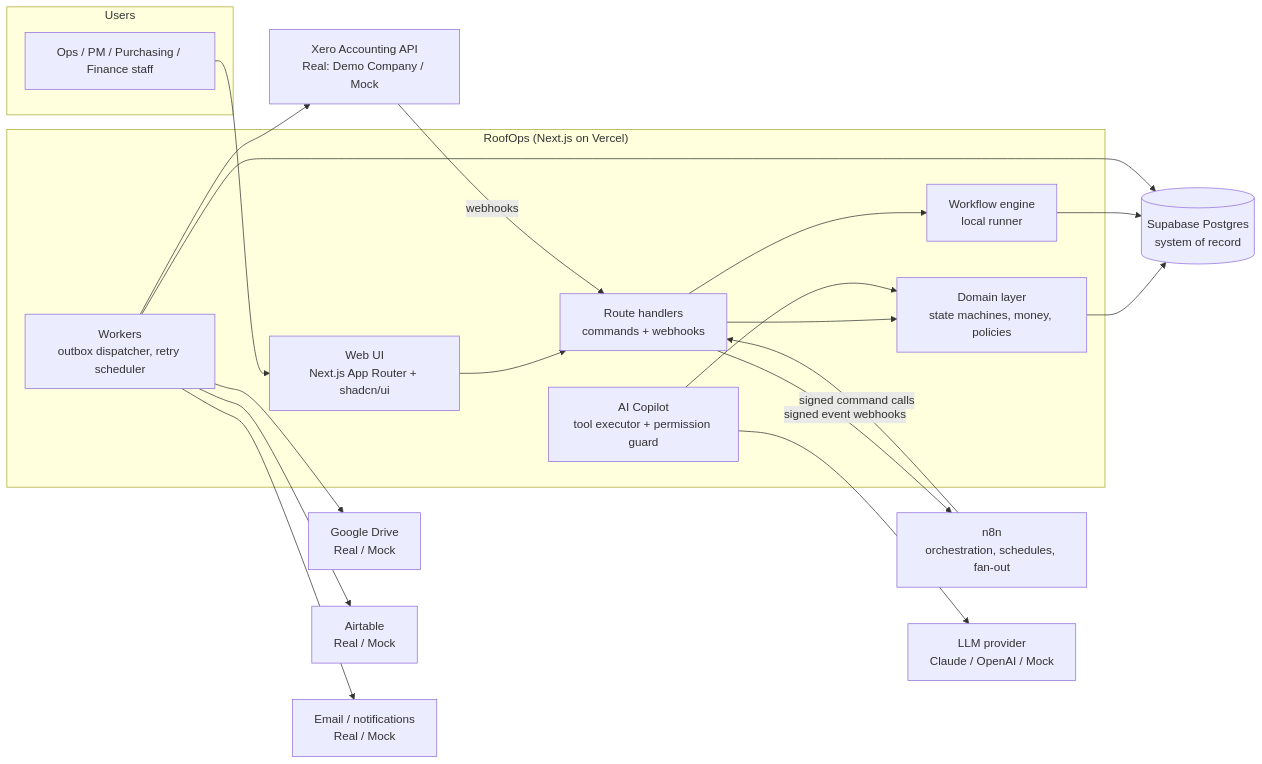
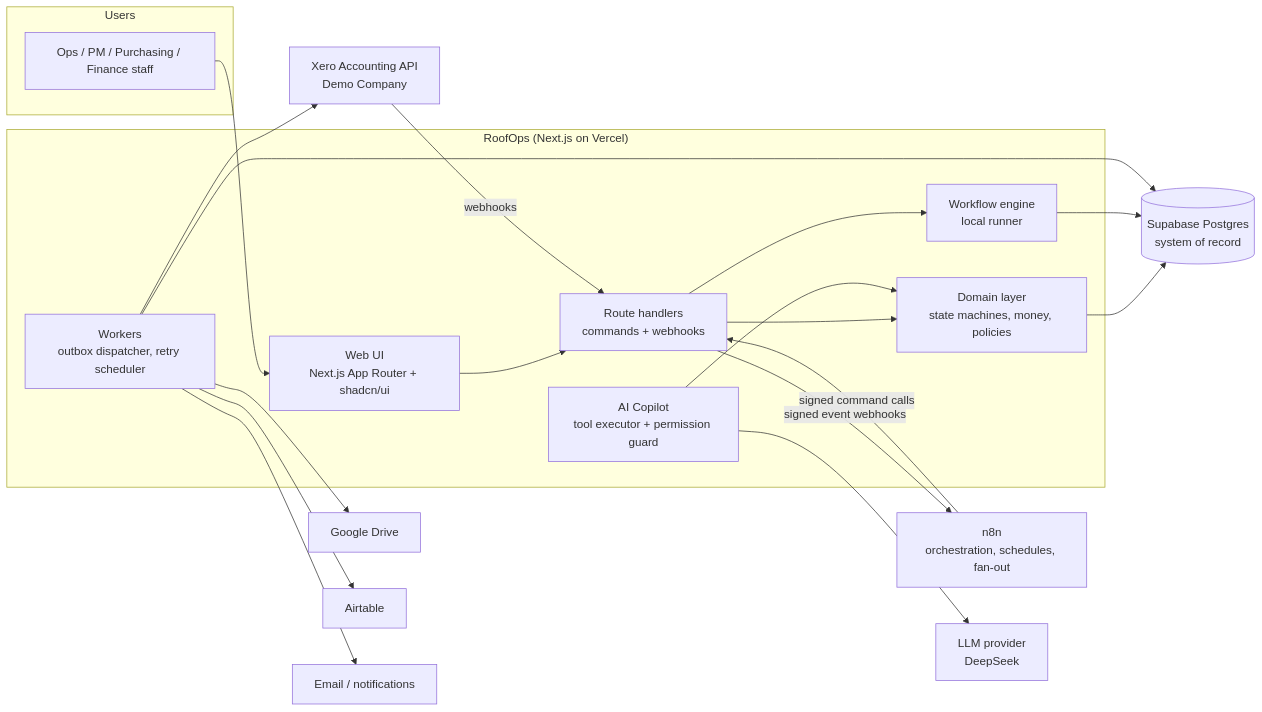
One commit to Tejesh080/Roofops changed the first of 3 diagrams in docs/architecture.md. Above: the diagram before and after it, drawn with Mermaid. The commit also changed other lines of this file and 35 other files, not shown here.

First line of the commit message:
Phase 2 (partial): hosted Postgres, real Airtable base, workflow control layer

````diff
--- a/docs/architecture.md
+++ b/docs/architecture.md
@@ -38,31 +38,31 @@
 ```mermaid
 flowchart LR
   subgraph Users
     OPS[Ops / PM / Purchasing / Finance staff]
   end
   subgraph RoofOps["RoofOps (Next.js on Vercel)"]
     UI[Web UI<br/>Next.js App Router + shadcn/ui]
     API[Route handlers<br/>commands + webhooks]
     DOM[Domain layer<br/>state machines, money, policies]
     WF[Workflow engine<br/>local runner]
     COP[AI Copilot<br/>tool executor + permission guard]
     WRK[Workers<br/>outbox dispatcher, retry scheduler]
   end
   DB[(Supabase Postgres<br/>system of record)]
   N8N[n8n<br/>orchestration, schedules, fan-out]
-  LLM[LLM provider<br/>Claude / OpenAI / Mock]
-  XERO[Xero Accounting API<br/>Real: Demo Company / Mock]
-  GDRIVE[Google Drive<br/>Real / Mock]
-  AT[Airtable<br/>Real / Mock]
-  MAIL[Email / notifications<br/>Real / Mock]
+  LLM[LLM provider<br/>DeepSeek]
+  XERO[Xero Accounting API<br/>Demo Company]
+  GDRIVE[Google Drive]
+  AT[Airtable]
+  MAIL[Email / notifications]
 
   OPS --> UI --> API --> DOM --> DB
   API --> WF --> DB
   COP --> LLM
   COP --> DOM
   WRK --> DB
   WRK --> XERO & GDRIVE & AT & MAIL
   N8N -- signed command calls --> API
   API -- signed event webhooks --> N8N
   XERO -- webhooks --> API
 ```
````
